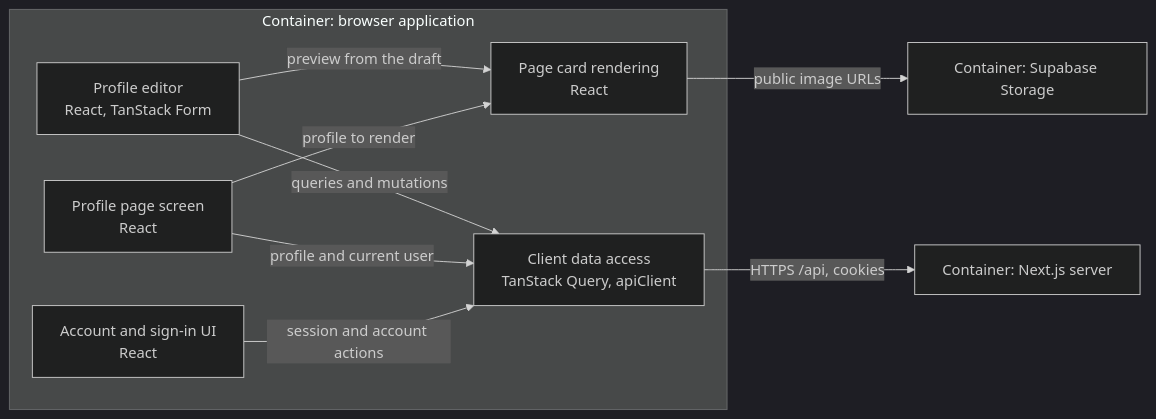
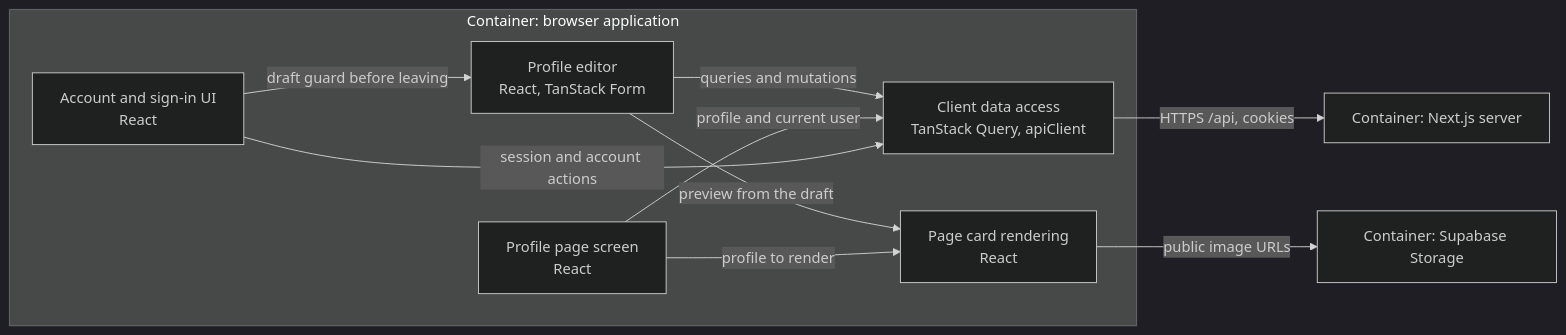
The first of 2 diagrams in docs/architecture/3.components.md (verkhoturov/freudin-website), drawn with Mermaid (dark theme) before and after one commit. The commit also changed other lines of this file and 49 other files, not shown here.

````diff
--- a/docs/architecture/3.components.md
+++ b/docs/architecture/3.components.md
@@ -22,19 +22,20 @@
 ```mermaid
 flowchart LR
     subgraph Browser["Container: browser application"]
         Editor["Profile editor<br/>React, TanStack Form"]
         Page["Profile page screen<br/>React"]
         Card["Page card rendering<br/>React"]
         Account["Account and sign-in UI<br/>React"]
         Data["Client data access<br/>TanStack Query, apiClient"]
         Editor -->|"preview from the draft"| Card
         Page -->|"profile to render"| Card
         Editor -->|"queries and mutations"| Data
         Page -->|"profile and current user"| Data
         Account -->|"session and account actions"| Data
+        Account -->|"draft guard before leaving"| Editor
     end
     Server["Container: Next.js server"]
     Storage["Container: Supabase Storage"]
     Data -->|"HTTPS /api, cookies"| Server
     Card -->|"public image URLs"| Storage
 ```
````
